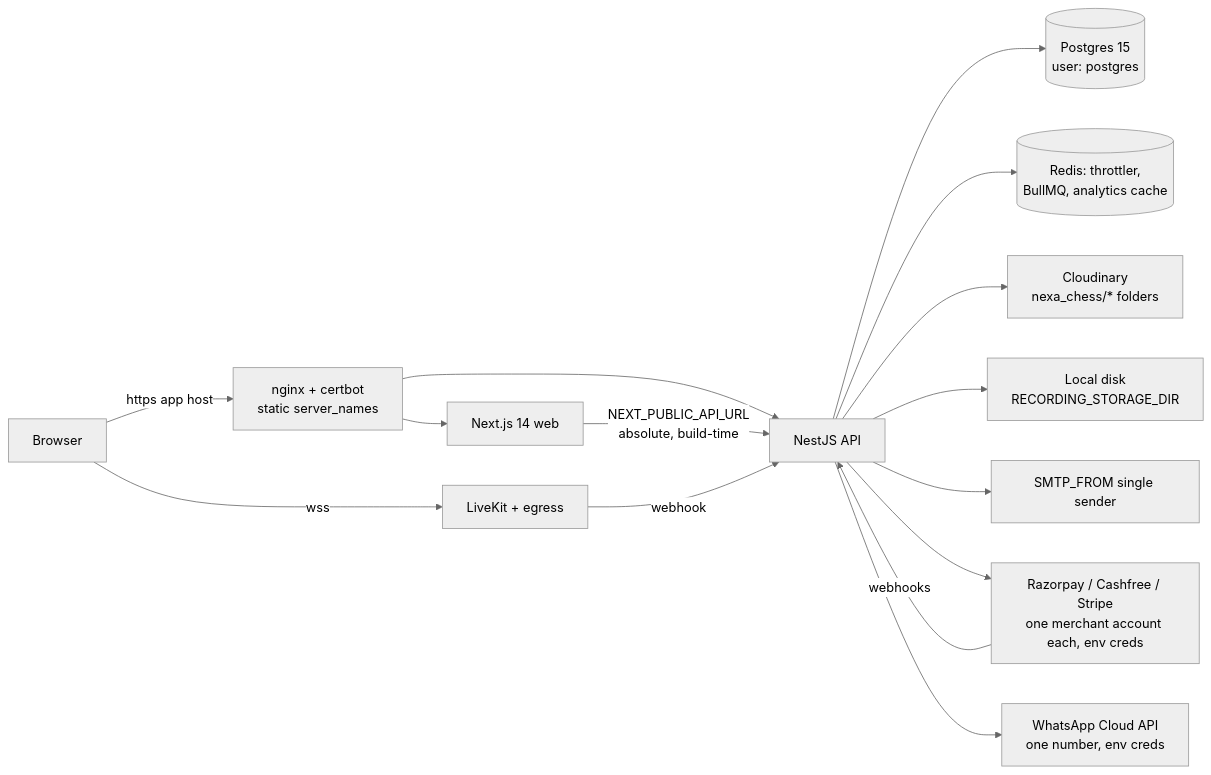
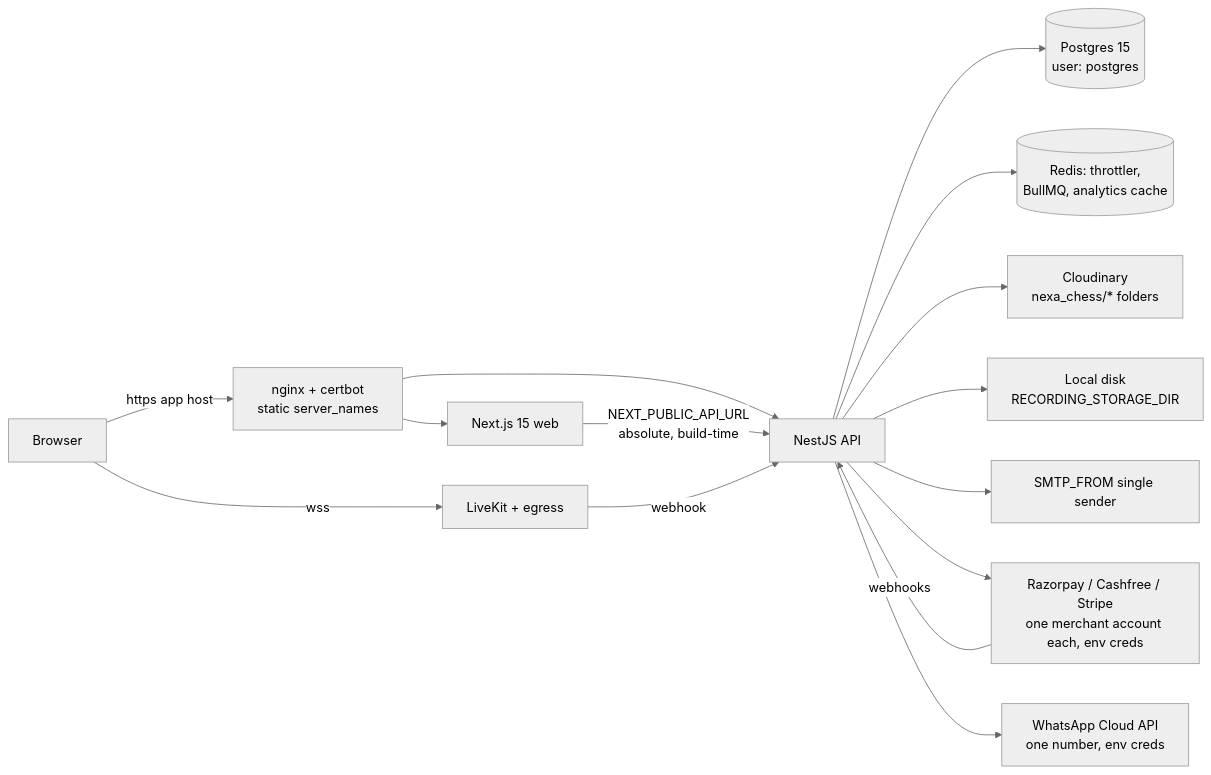
The first of 2 diagrams in docs/SAAS_MULTI_TENANCY.md (pradeepsalamon/NexaGen), drawn with Mermaid (neutral theme) before and after one commit. The commit also changed other lines of this file and 78 other files, not shown here.

````diff
--- a/docs/SAAS_MULTI_TENANCY.md
+++ b/docs/SAAS_MULTI_TENANCY.md
@@ -57,17 +57,17 @@
 ```mermaid
 flowchart LR
   B[Browser] -->|https app host| N[nginx + certbot<br/>static server_names]
-  N --> W[Next.js 14 web]
+  N --> W[Next.js 15 web]
   N --> A[NestJS API]
   B -->|wss| LK[LiveKit + egress]
   W -->|NEXT_PUBLIC_API_URL<br/>absolute, build-time| A
   A --> PG[(Postgres 15<br/>user: postgres)]
   A --> R[(Redis: throttler,<br/>BullMQ, analytics cache)]
   A --> CL[Cloudinary<br/>nexa_chess/* folders]
   A --> FS[Local disk<br/>RECORDING_STORAGE_DIR]
   A --> SMTP[SMTP_FROM single sender]
   A --> PSP[Razorpay / Cashfree / Stripe<br/>one merchant account each, env creds]
   A --> WA[WhatsApp Cloud API<br/>one number, env creds]
   LK -->|webhook| A
   PSP -->|webhooks| A
 ```
````
